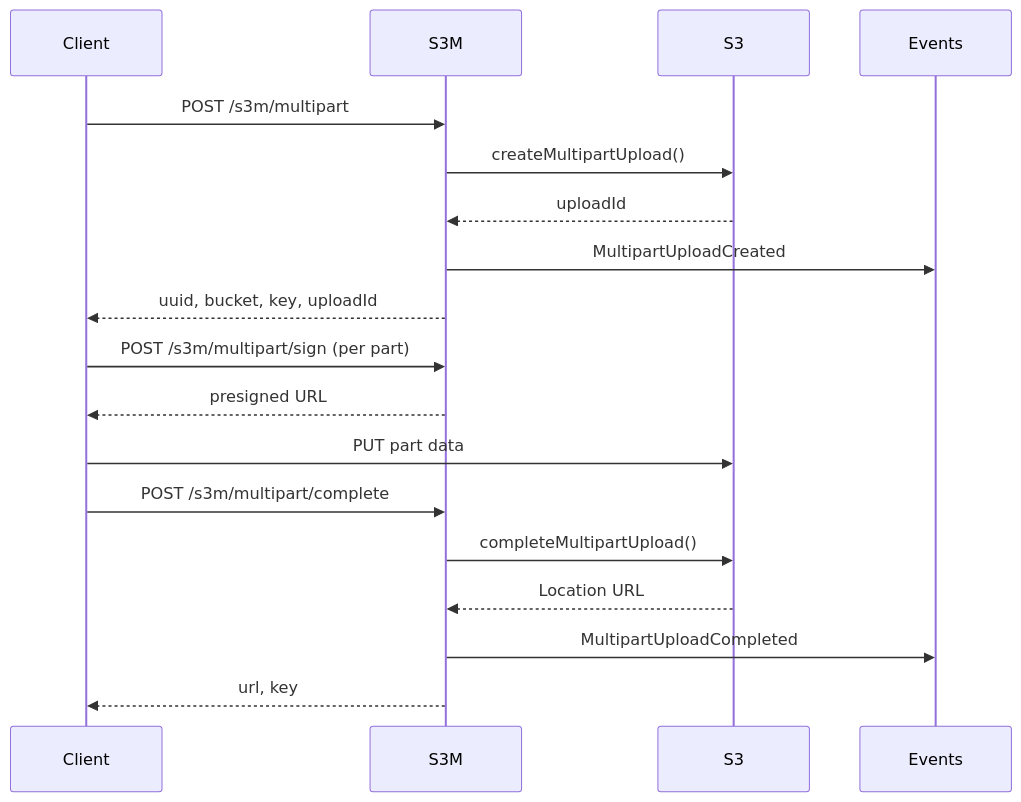
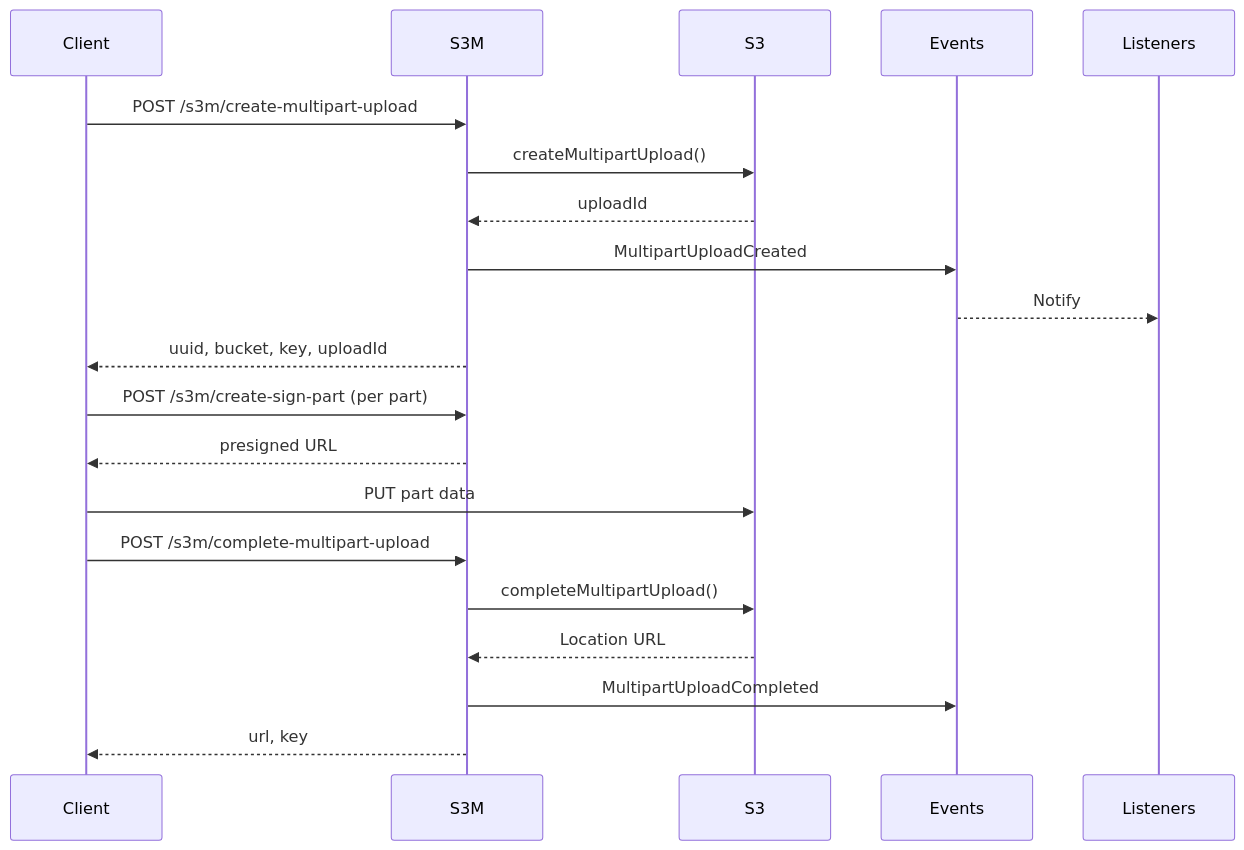
Before and after one commit to mintlify-atlas/docs-atlas-97189dcd: the diagram in api/events.mdx, drawn with Mermaid. The commit also changed other lines of this file and 1 other file, not shown here.

Commit message:
Fix incorrect API endpoint URLs in documentation

````diff
--- a/api/events.mdx
+++ b/api/events.mdx
@@ -223,23 +223,24 @@
 ```mermaid
 sequenceDiagram
     participant Client
     participant S3M
     participant S3
     participant Events
     
-    Client->>S3M: POST /s3m/multipart
+    Client->>S3M: POST /s3m/create-multipart-upload
     S3M->>S3: createMultipartUpload()
     S3-->>S3M: uploadId
     S3M->>Events: MultipartUploadCreated
+    Events-->>Listeners: Notify
     S3M-->>Client: uuid, bucket, key, uploadId
     
-    Client->>S3M: POST /s3m/multipart/sign (per part)
+    Client->>S3M: POST /s3m/create-sign-part (per part)
     S3M-->>Client: presigned URL
     Client->>S3: PUT part data
     
-    Client->>S3M: POST /s3m/multipart/complete
+    Client->>S3M: POST /s3m/complete-multipart-upload
     S3M->>S3: completeMultipartUpload()
     S3-->>S3M: Location URL
     S3M->>Events: MultipartUploadCompleted
     S3M-->>Client: url, key
 ```
````
